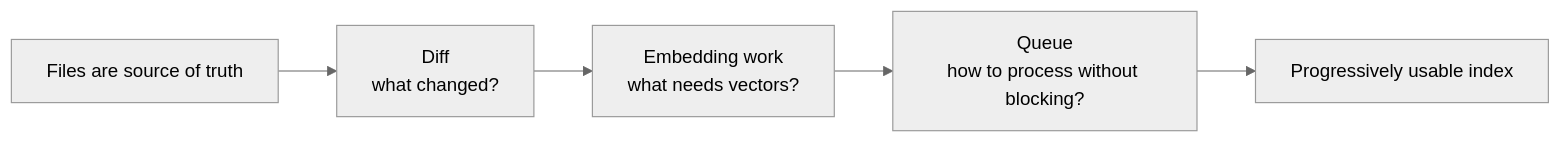
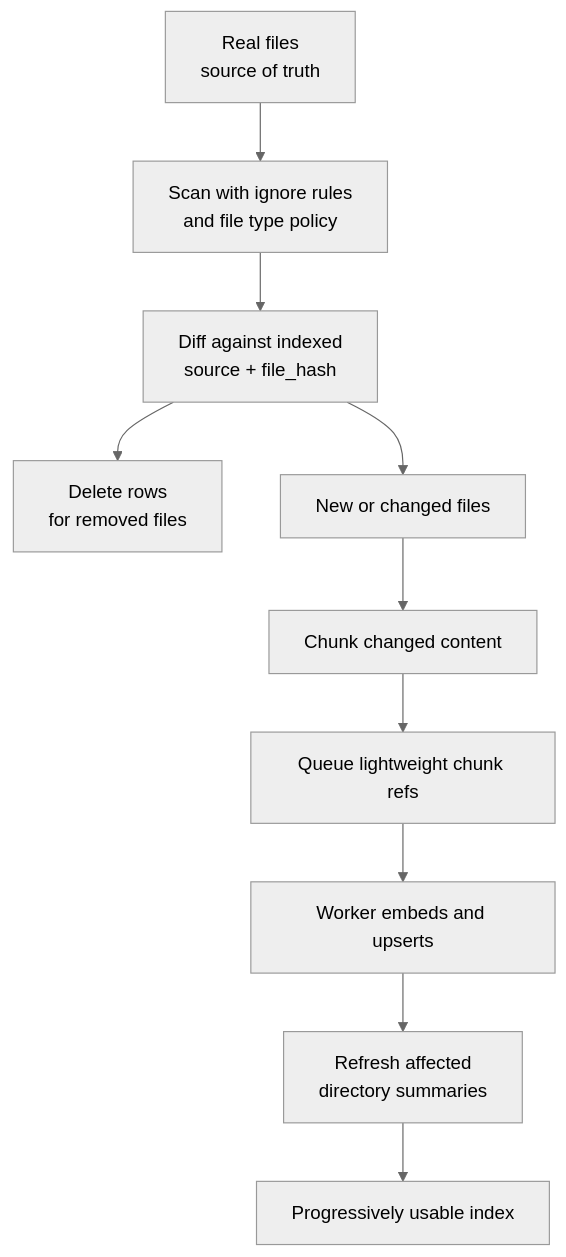
One commit to zilliztech/mfs changed the diagram in docs/design-philosophy.md. Above: the diagram before and after it, drawn with Mermaid (neutral theme). The commit also changed other lines of this file, not shown here.

First line of the commit message:
Clarify sync and queue design rationale

````diff
--- a/docs/design-philosophy.md
+++ b/docs/design-philosophy.md
@@ -134,7 +152,12 @@
 ```mermaid
-flowchart LR
-  files[Files are source of truth] --> diff[Diff<br/>what changed?]
-  diff --> embed[Embedding work<br/>what needs vectors?]
-  embed --> queue[Queue<br/>how to process without blocking?]
-  queue --> usable[Progressively usable index]
+flowchart TB
+  files[Real files<br/>source of truth] --> scan[Scan with ignore rules<br/>and file type policy]
+  scan --> diff[Diff against indexed<br/>source + file_hash]
+  diff --> remove[Delete rows<br/>for removed files]
+  diff --> changed[New or changed files]
+  changed --> chunks[Chunk changed content]
+  chunks --> queue[Queue lightweight chunk refs]
+  queue --> worker[Worker embeds and upserts]
+  worker --> dirs[Refresh affected<br/>directory summaries]
+  dirs --> usable[Progressively usable index]
 ```
````
